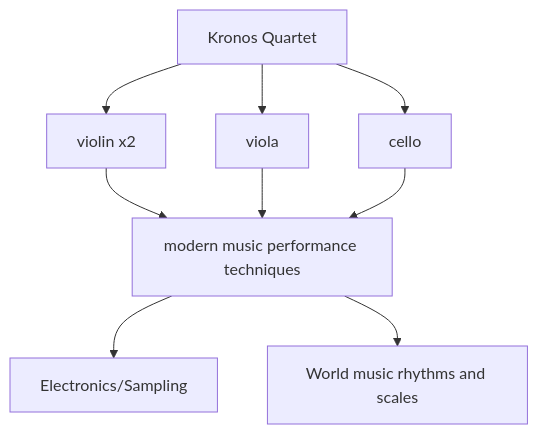
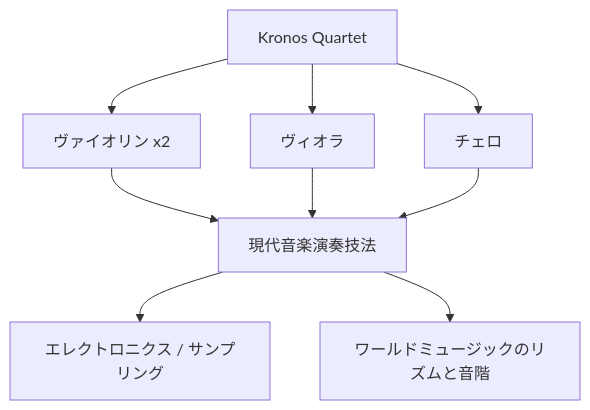
The fourth of 4 diagrams in en/_posts/2025-11-22-column-kronos-quartet.md (monumental-movement/monumental-movement.github.io), drawn with Mermaid before and after one commit. The commit also changed other lines of this file and 2196 other files, not shown here.

```diff
--- a/en/_posts/2025-11-22-column-kronos-quartet.md
+++ b/en/_posts/2025-11-22-column-kronos-quartet.md
@@ -193,11 +193,11 @@
 <div class="mermaid">
 graph TD
-    A[Kronos Quartet] --> B[violin x2]
-    A --> C[viola]
-    A --> D[cello]
-    B --> E[modern music performance techniques]
+    A[Kronos Quartet] --> B[ヴァイオリン x2]
+    A --> C[ヴィオラ]
+    A --> D[チェロ]
+    B --> E[現代音楽演奏技法]
     C --> E
     D --> E
-    E --> F[Electronics/Sampling]
-    E --> G[World music rhythms and scales]
+    E --> F[エレクトロニクス / サンプリング]
+    E --> G[ワールドミュージックのリズムと音階]
 </div>
```
